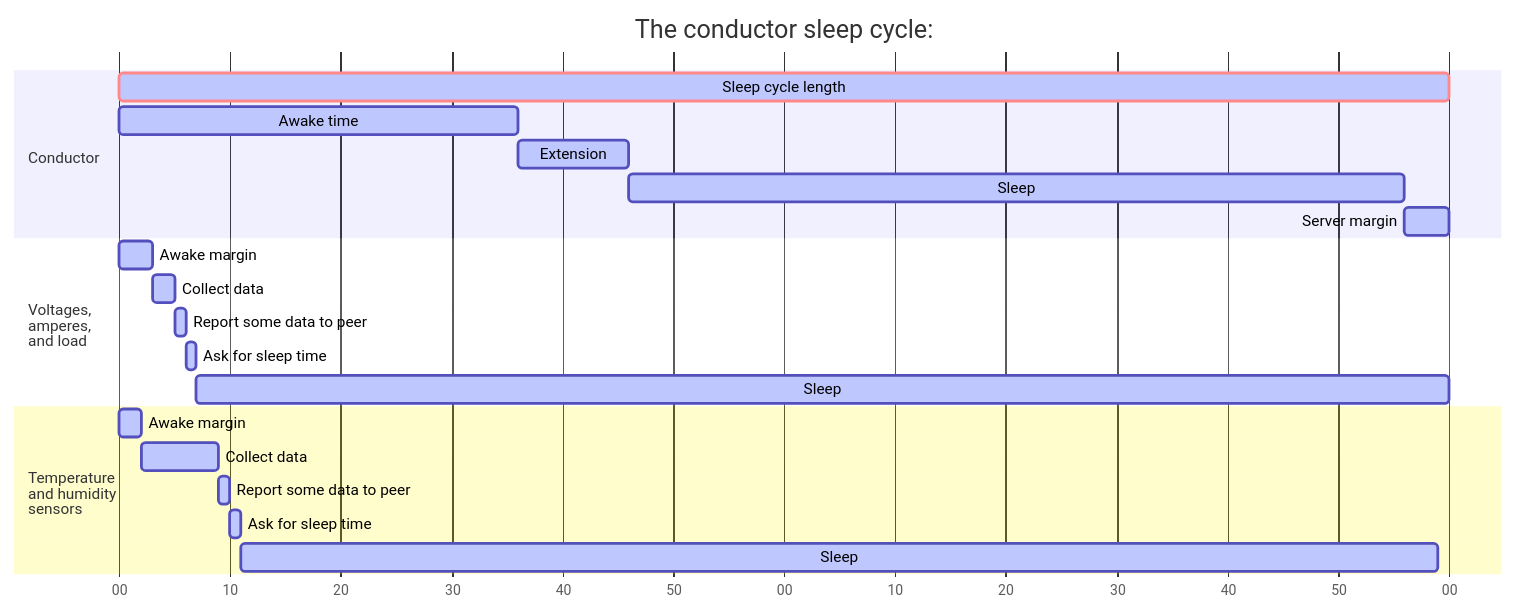
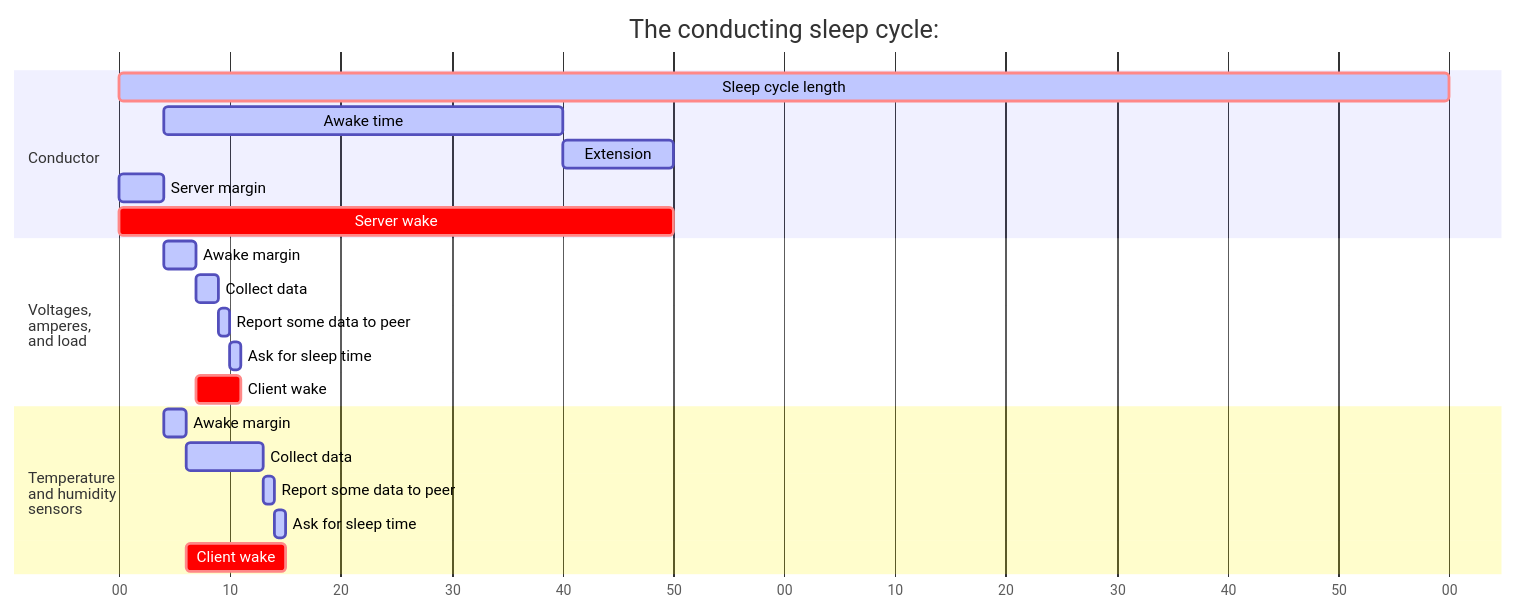
The diagram in components/robusto/conductor/README.md (RobustoFramework/Robusto), drawn with Mermaid before and after one commit.

Commit message:
Clarify graph

````diff
--- a/components/robusto/conductor/README.md
+++ b/components/robusto/conductor/README.md
@@ -25,28 +25,31 @@
 ```mermaid
+
 gantt
     dateFormat  s
-    title  The conductor sleep cycle:    
+    title  The conducting sleep cycle:    
     section Conductor  
     Sleep cycle length        :crit,active, cycle,0,120s
-    Awake time         :active, wake, 0,36s
+    Awake time         :active, wake, after sm,36s
     Extension     :active, ext,after wake,10s
-    Sleep         :active, sleep, after ext, 70s
-    Server margin   :active, after sleep,4s
+    Server margin   :active, sm,0, 4s
+    Server wake :crit, sw, 0, 50
+
+    
     section Voltages,<br/>amperes,<br/>and load
-    Awake margin         :active, w1, 0, 3s
+    Awake margin         :active, w1, after sm, 3s
     Collect data       :active, c1, after w1, 2s
     Report some data to peer :active, r1, after c1, 1s
     Ask for sleep time :active, a1, after r1, 1s
-    Sleep :active, s1, after a1, 113s
+    Client wake :crit, cw, after w1, 4s
 
     section Temperature<br/>and humidity<br/>sensors
-    Awake margin         :active, w2, 0, 2s
+    Awake margin         :active, w2, after sm, 2s
     Collect data       :active, c2, after w2, 7s
     Report some data to peer :active, r2, after c2, 1s
     Ask for sleep time :active, a2, after r2, 1s
-    Sleep :active, s1, after a2, 108s
+    Client wake :crit, cw, after w2, 9s
     
     tickInterval 10second
     axisFormat %S
     
 ```
````
